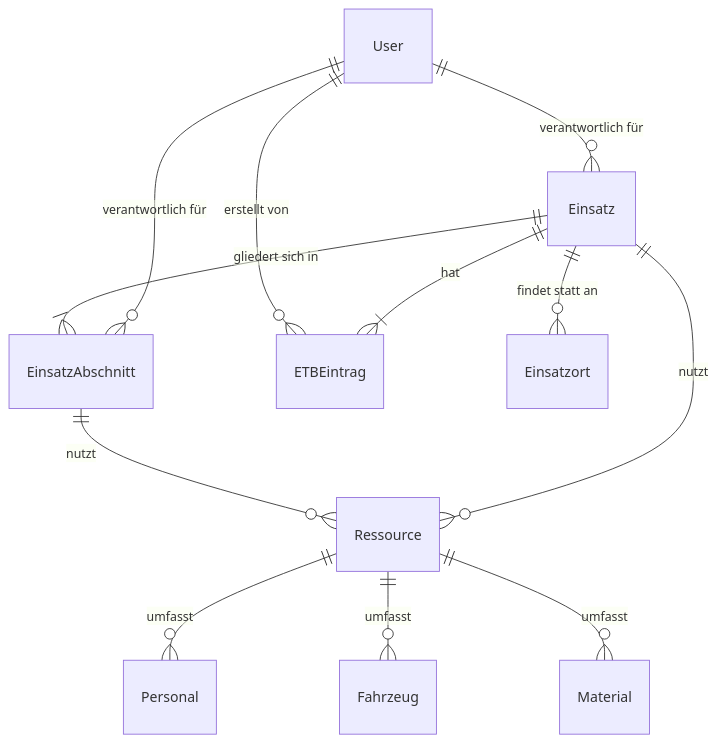
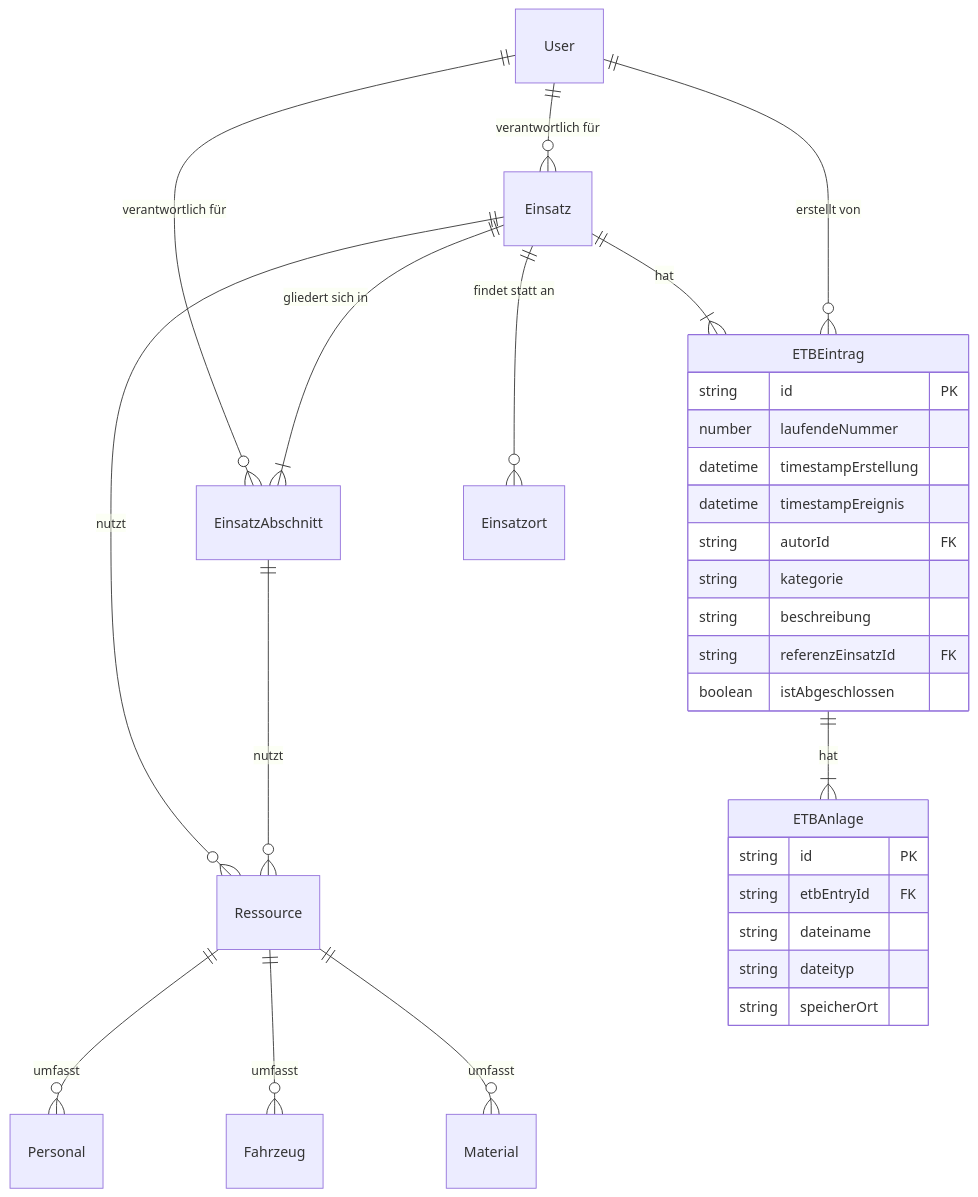
The seventh of 7 diagrams in docs/architecture/05-building-block-view.adoc (bluelight-hub/app), drawn with Mermaid before and after one commit. The commit also changed other lines of this file and 44 other files, not shown here.

First line of the commit message:
✨(api): Standardized API response format and added ETB entry number

```diff
--- a/docs/architecture/05-building-block-view.adoc
+++ b/docs/architecture/05-building-block-view.adoc
@@ -583,20 +583,41 @@
 [mermaid]
 ....
 erDiagram
     User ||--o{ Einsatz : "verantwortlich für"
     User ||--o{ EinsatzAbschnitt : "verantwortlich für"
     
     Einsatz ||--|{ EinsatzAbschnitt : "gliedert sich in"
     Einsatz ||--|{ ETBEintrag : "hat"
     Einsatz ||--o{ Ressource : "nutzt"
     
     EinsatzAbschnitt ||--o{ Ressource : "nutzt"
     
     Ressource ||--o{ Personal : "umfasst"
     Ressource ||--o{ Fahrzeug : "umfasst"
     Ressource ||--o{ Material : "umfasst"
     
     Einsatz ||--o{ Einsatzort : "findet statt an"
     
     ETBEintrag }o--|| User : "erstellt von"
+    ETBEintrag ||--|{ ETBAnlage : "hat"
+    
+    ETBEintrag {
+        string id PK
+        number laufendeNummer
+        datetime timestampErstellung
+        datetime timestampEreignis
+        string autorId FK
+        string kategorie
+        string beschreibung
+        string referenzEinsatzId FK
+        boolean istAbgeschlossen
+    }
+    
+    ETBAnlage {
+        string id PK
+        string etbEntryId FK
+        string dateiname
+        string dateityp
+        string speicherOrt
+    }
 ....
```
